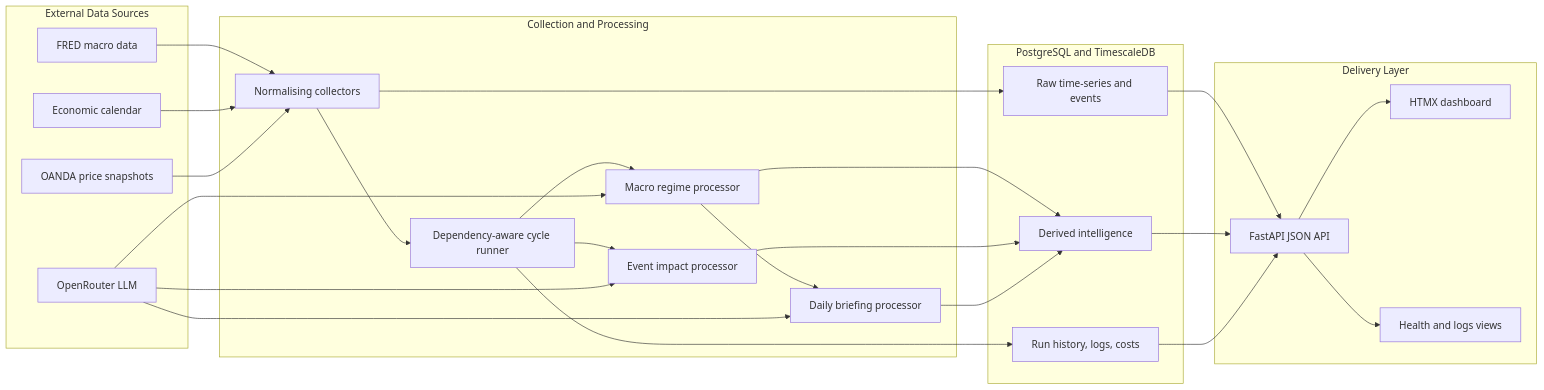
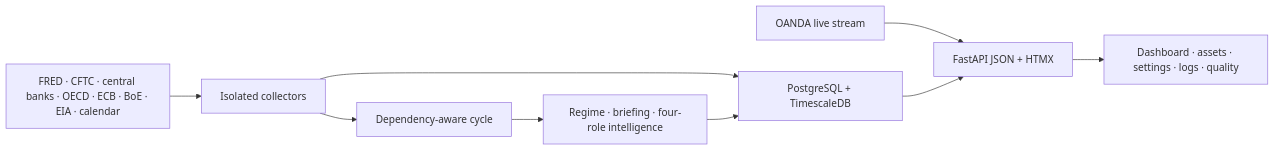
One commit to cpu23/trading-data-platform changed the diagram in README.md. Above: the diagram before and after it, drawn with Mermaid. The commit also changed other lines of this file and 5 other files, not shown here.

````diff
--- a/README.md
+++ b/README.md
@@ -39,53 +51,16 @@
 ```mermaid
 flowchart LR
-    subgraph Sources["External Data Sources"]
-        FRED["FRED macro data"]
-        Calendar["Economic calendar"]
-        OANDA["OANDA price snapshots"]
-        LLM["OpenRouter LLM"]
-    end
+    Sources["FRED · CFTC · central banks · OECD · ECB · BoE · EIA · calendar"]
+    Stream["OANDA live stream"]
+    Collectors["Isolated collectors"]
+    Cycle["Dependency-aware cycle"]
+    Processors["Regime · briefing · four-role intelligence"]
+    DB["PostgreSQL + TimescaleDB"]
+    API["FastAPI JSON + HTMX"]
+    UI["Dashboard · assets · settings · logs · quality"]
 
-    subgraph Orchestration["Collection and Processing"]
-        Collectors["Normalising collectors"]
-        Cycle["Dependency-aware cycle runner"]
-        Regime["Macro regime processor"]
-        Events["Event impact processor"]
-        Briefing["Daily briefing processor"]
-    end
-
-    subgraph Storage["PostgreSQL and TimescaleDB"]
-        Raw["Raw time-series and events"]
-        Derived["Derived intelligence"]
-        Operations["Run history, logs, costs"]
-    end
-
-    subgraph Delivery["Delivery Layer"]
-        API["FastAPI JSON API"]
-        Dashboard["HTMX dashboard"]
-        Health["Health and logs views"]
-    end
-
-    FRED --> Collectors
-    Calendar --> Collectors
-    OANDA --> Collectors
-    Collectors --> Raw
-    Collectors --> Cycle
-
-    Cycle --> Regime
-    Cycle --> Events
-    Regime --> Briefing
-    LLM --> Regime
-    LLM --> Events
-    LLM --> Briefing
-
-    Regime --> Derived
-    Events --> Derived
-    Briefing --> Derived
-    Cycle --> Operations
-
-    Raw --> API
-    Derived --> API
-    Operations --> API
-    API --> Dashboard
-    API --> Health
+    Sources --> Collectors --> DB
+    Collectors --> Cycle --> Processors --> DB
+    Stream --> API
+    DB --> API --> UI
 ```
````
